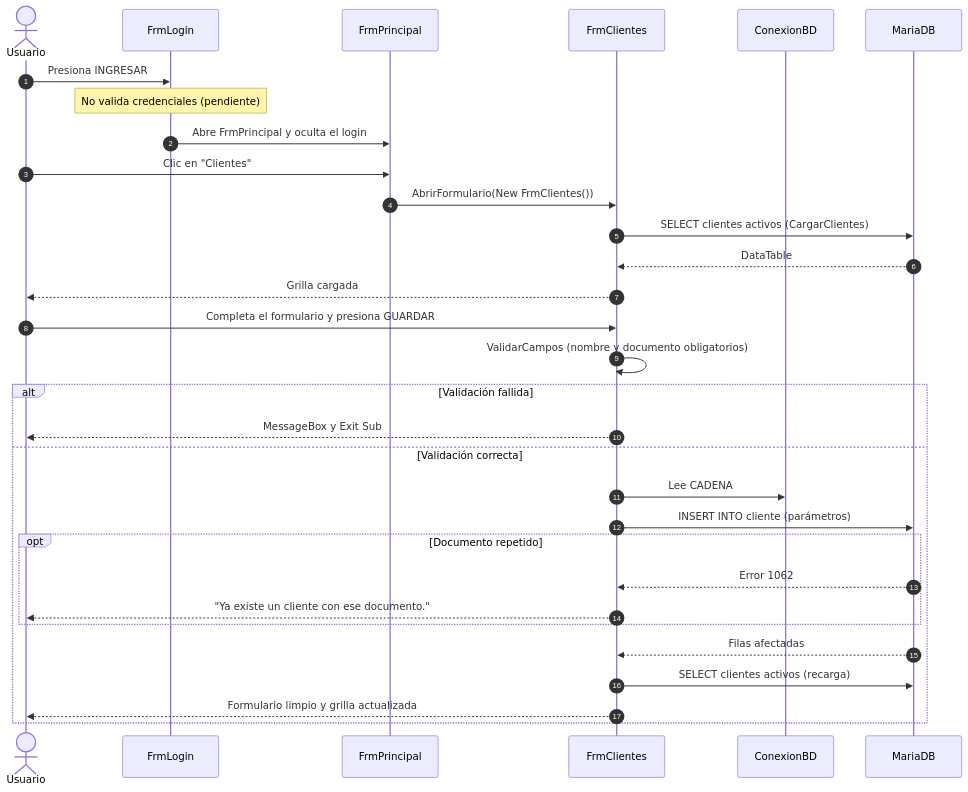
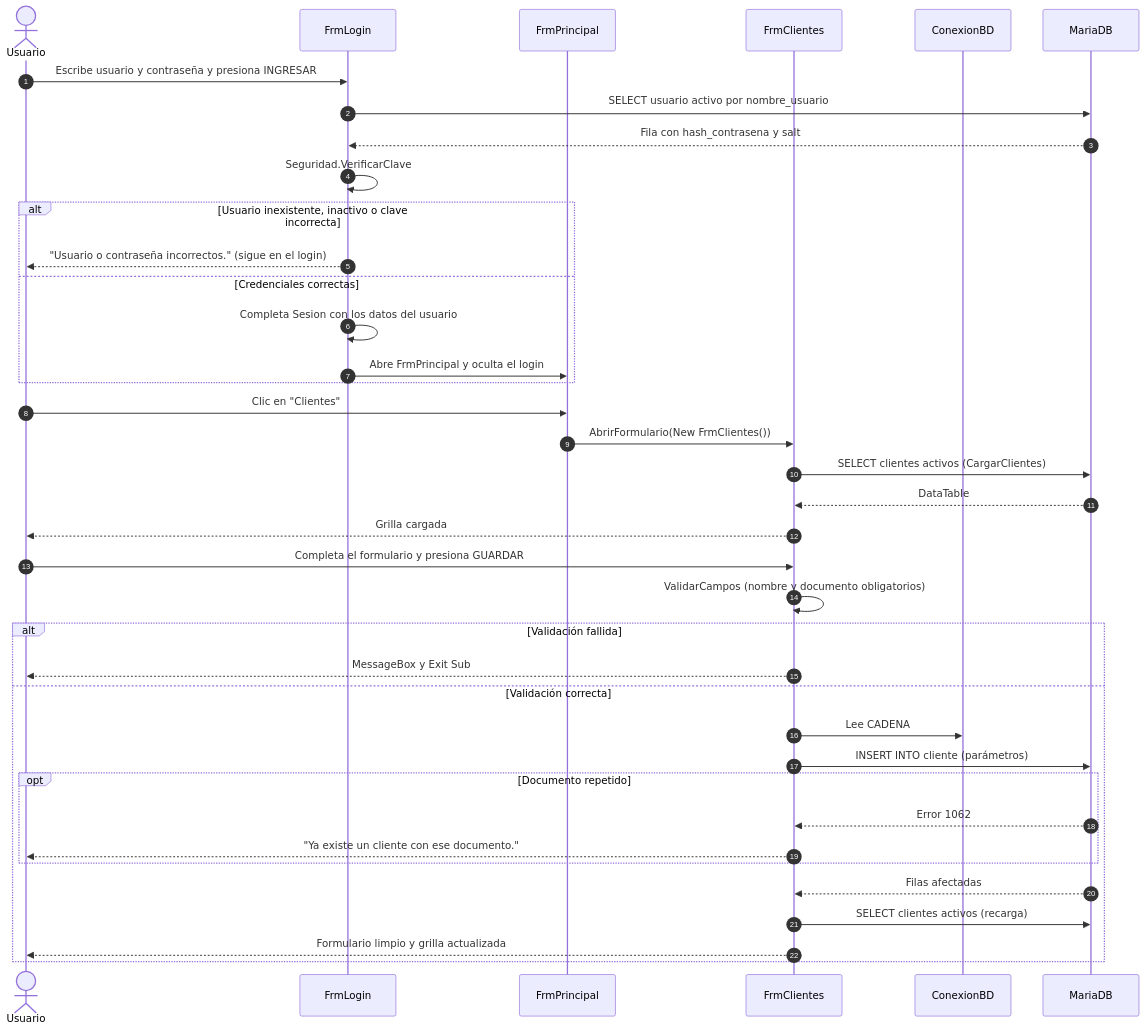
Before and after one commit to MedinaLucas1996/taller-mecanico: the third of 3 diagrams in doc/Docu.md, drawn with Mermaid. The commit also changed other lines of this file and 2 other files, not shown here.

Commit message:
docs: document login validation and PBKDF2 scheme

````diff
--- a/doc/Docu.md
+++ b/doc/Docu.md
@@ -140,34 +147,41 @@
 ```mermaid
 sequenceDiagram
     autonumber
     actor U as Usuario
     participant L as FrmLogin
     participant P as FrmPrincipal
     participant C as FrmClientes
     participant M as ConexionBD
     participant DB as MariaDB
 
-    U->>L: Presiona INGRESAR
-    Note over L: No valida credenciales (pendiente)
-    L->>P: Abre FrmPrincipal y oculta el login
+    U->>L: Escribe usuario y contraseña y presiona INGRESAR
+    L->>DB: SELECT usuario activo por nombre_usuario
+    DB-->>L: Fila con hash_contrasena y salt
+    L->>L: Seguridad.VerificarClave
+    alt Usuario inexistente, inactivo o clave incorrecta
+        L-->>U: "Usuario o contraseña incorrectos." (sigue en el login)
+    else Credenciales correctas
+        L->>L: Completa Sesion con los datos del usuario
+        L->>P: Abre FrmPrincipal y oculta el login
+    end
     U->>P: Clic en "Clientes"
     P->>C: AbrirFormulario(New FrmClientes())
     C->>DB: SELECT clientes activos (CargarClientes)
     DB-->>C: DataTable
     C-->>U: Grilla cargada
     U->>C: Completa el formulario y presiona GUARDAR
     C->>C: ValidarCampos (nombre y documento obligatorios)
     alt Validación fallida
         C-->>U: MessageBox y Exit Sub
     else Validación correcta
         C->>M: Lee CADENA
         C->>DB: INSERT INTO cliente (parámetros)
         opt Documento repetido
             DB-->>C: Error 1062
             C-->>U: "Ya existe un cliente con ese documento."
         end
         DB-->>C: Filas afectadas
         C->>DB: SELECT clientes activos (recarga)
         C-->>U: Formulario limpio y grilla actualizada
     end
 ```
````
